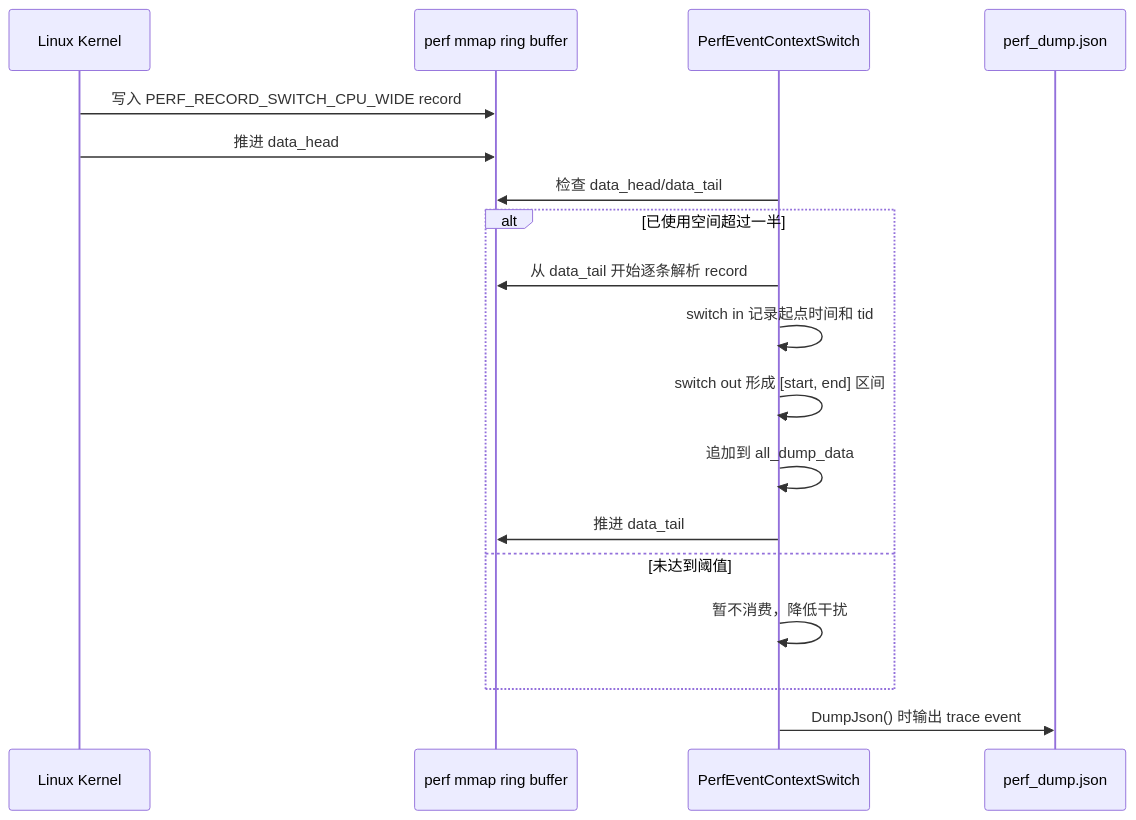
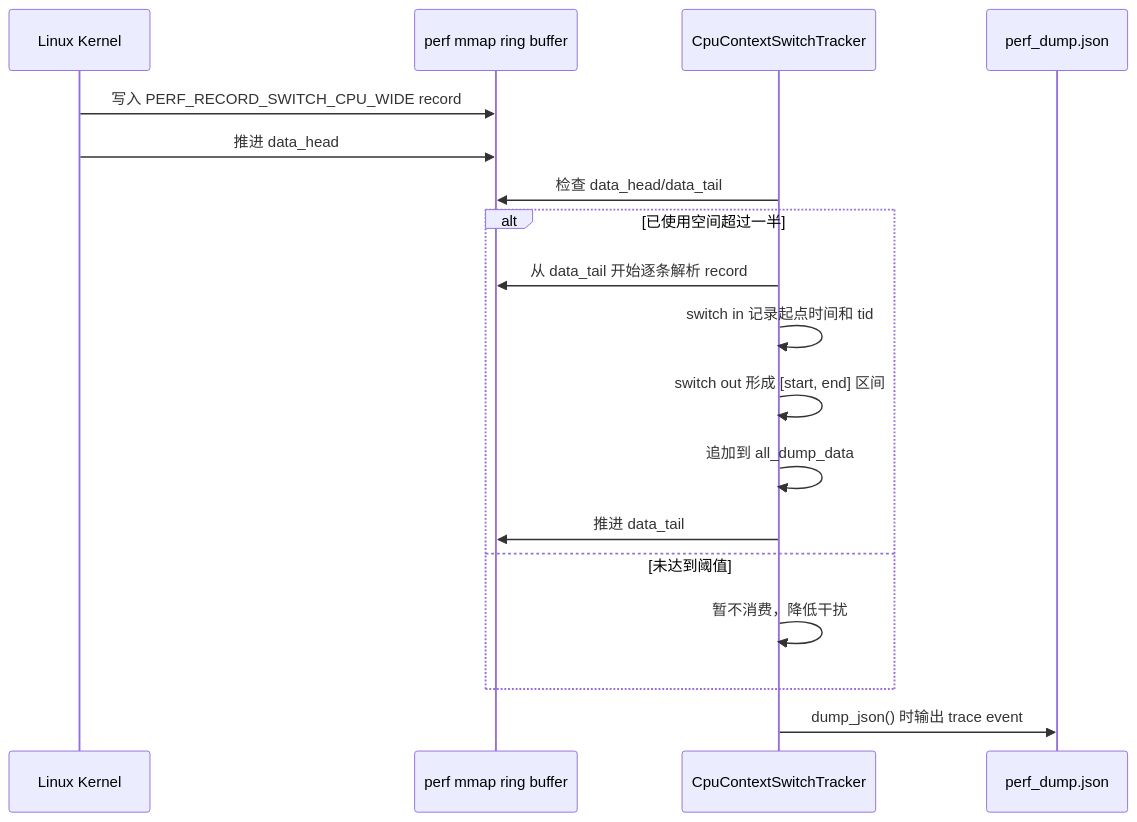
Before and after one commit to alanzhai219/ddzz: the diagram in tools/profile_advance/TEACHING.md, drawn with Mermaid. The commit also changed other lines of this file and 1 other file, not shown here.

Commit message:
polish pmu perf

````diff
--- a/tools/profile_advance/TEACHING.md
+++ b/tools/profile_advance/TEACHING.md
@@ -145,21 +207,21 @@
 ```mermaid
 sequenceDiagram
                 participant K as Linux Kernel
                 participant RB as perf mmap ring buffer
-                participant U as PerfEventContextSwitch
+                participant U as CpuContextSwitchTracker
                 participant J as perf_dump.json
 
                 K->>RB: 写入 PERF_RECORD_SWITCH_CPU_WIDE record
                 K->>RB: 推进 data_head
                 U->>RB: 检查 data_head/data_tail
                 alt 已使用空间超过一半
                                 U->>RB: 从 data_tail 开始逐条解析 record
                                 U->>U: switch in 记录起点时间和 tid
                                 U->>U: switch out 形成 [start, end] 区间
                                 U->>U: 追加到 all_dump_data
                                 U->>RB: 推进 data_tail
                 else 未达到阈值
                                 U->>U: 暂不消费，降低干扰
                 end
-                U->>J: DumpJson() 时输出 trace event
+                U->>J: dump_json() 时输出 trace event
 ```
````
